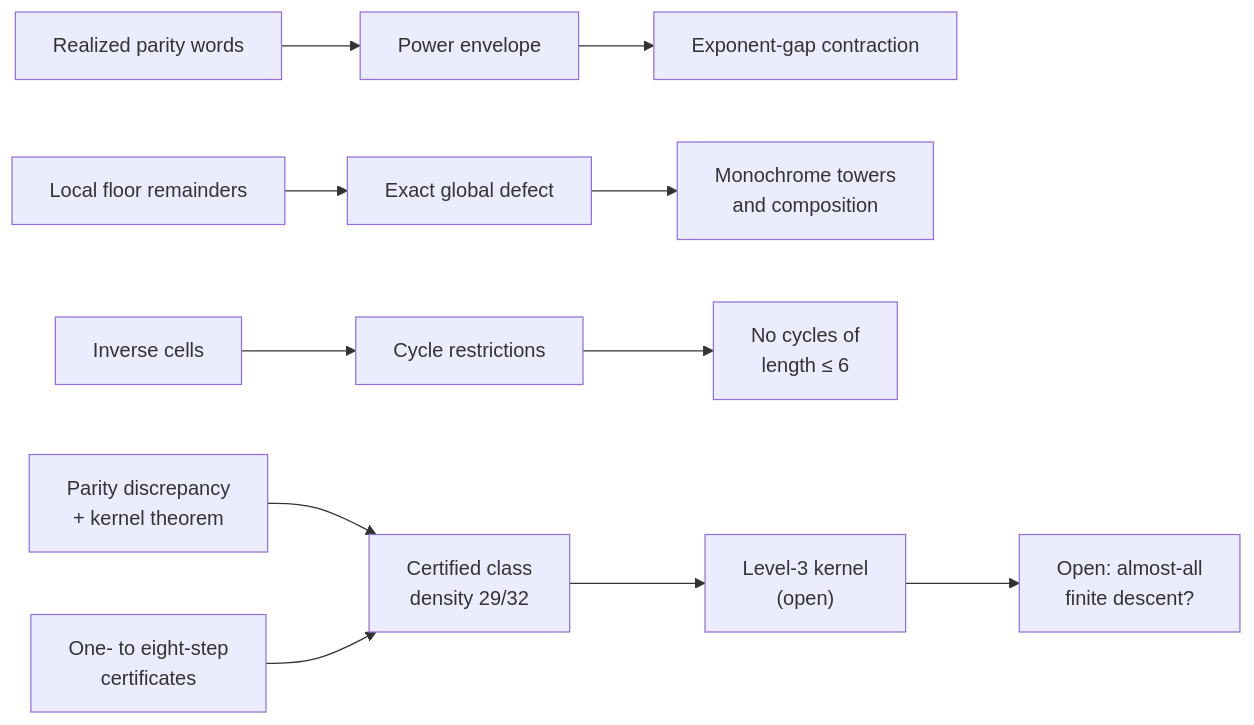
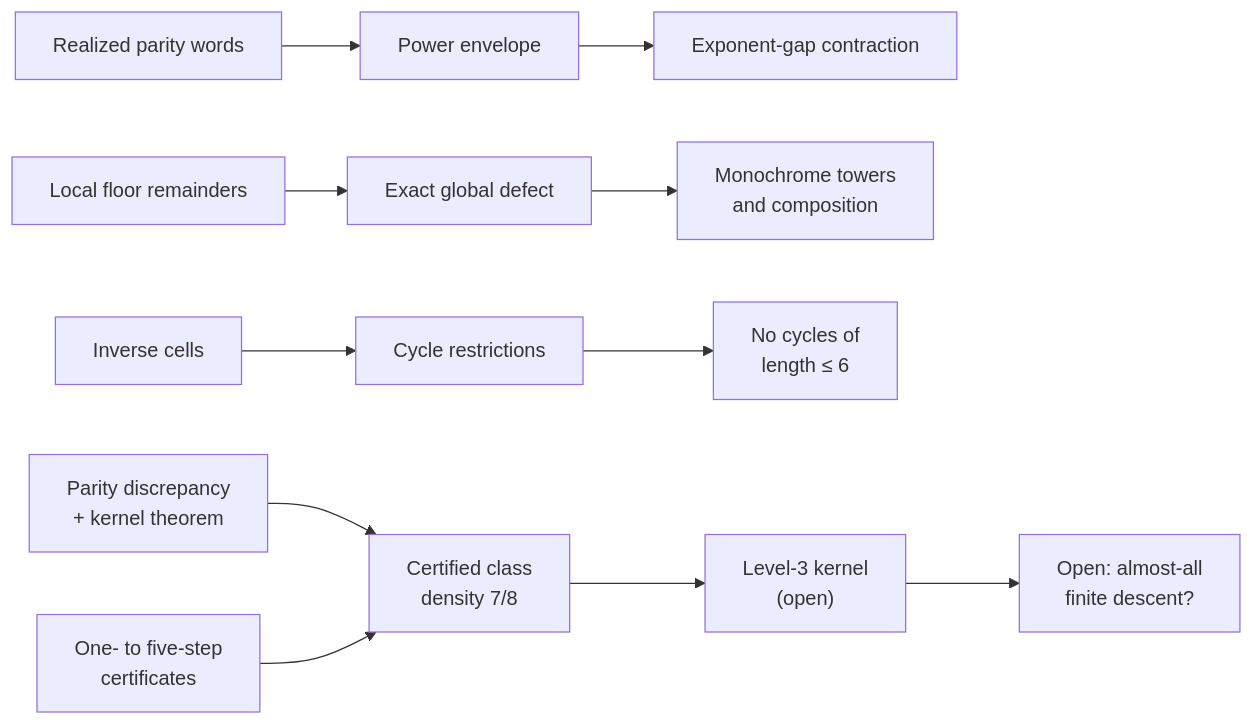
One commit to sneakyweasel/balanced_ternary changed the diagram in juggler_review/figures/juggler_frontier.mmd. Above: the diagram before and after it, drawn with Mermaid. The commit also changed 29 other files, not shown here.

```diff
--- a/juggler_review/figures/juggler_frontier.mmd
+++ b/juggler_review/figures/juggler_frontier.mmd
@@ -1,7 +1,7 @@
 flowchart LR
     Words["Realized parity words"] --> Envelope["Power envelope"] --> Contract["Exponent-gap contraction"]
     Remainders["Local floor remainders"] --> Defect["Exact global defect"] --> Towers["Monochrome towers<br/>and composition"]
     Cells["Inverse cells"] --> Cycles["Cycle restrictions"] --> Excluded["No cycles of<br/>length &le; 6"]
-    Discrepancy["Parity discrepancy<br/>+ kernel theorem"] --> Density["Certified class<br/>density 29/32"]
-    Certificates["One- to eight-step<br/>certificates"] --> Density
+    Discrepancy["Parity discrepancy<br/>+ kernel theorem"] --> Density["Certified class<br/>density 7/8"]
+    Certificates["One- to five-step<br/>certificates"] --> Density
     Density --> Kernel["Level-3 kernel<br/>(open)"] --> Open["Open: almost-all<br/>finite descent?"]
```
